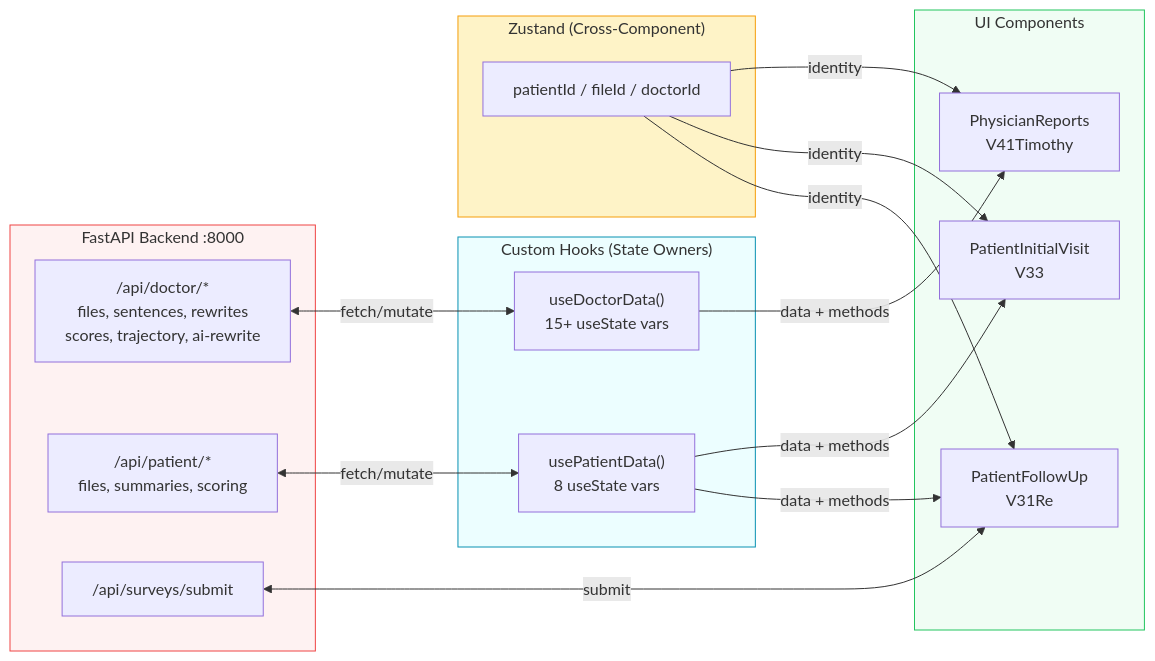
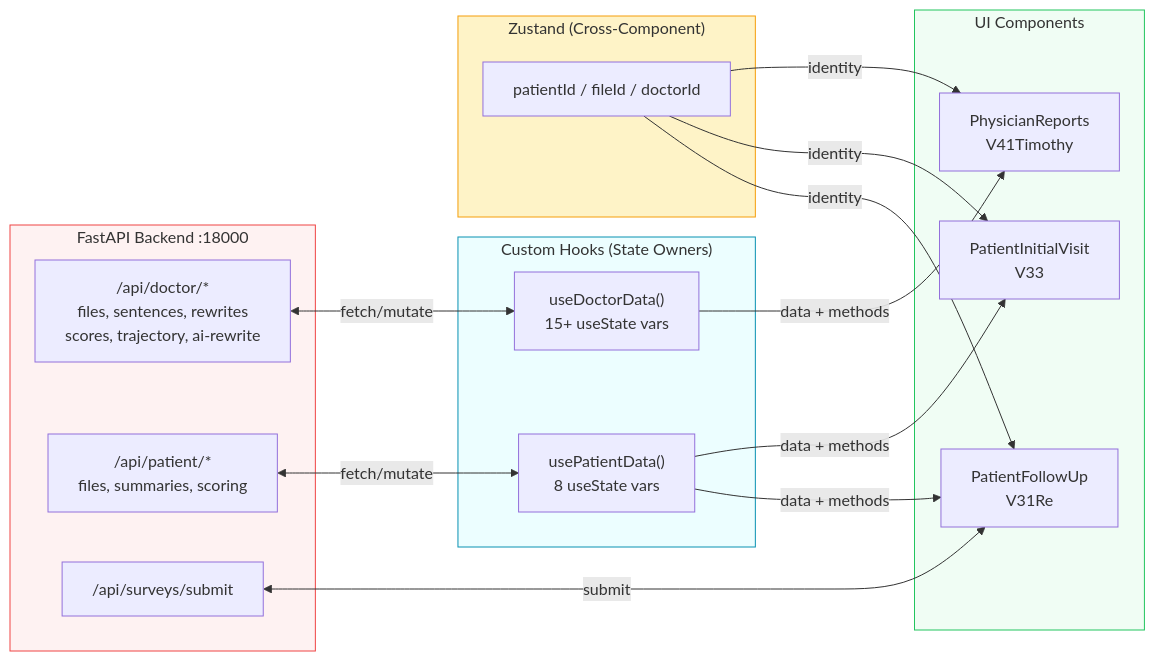
The sixth of 7 diagrams in app/Webapp/COMPONENT_STATE_MAP.md (HyunjunA/Prostate_cancer_consultation), drawn with Mermaid before and after one commit. The commit also changed 14 other files, not shown here.

````diff
--- a/app/Webapp/COMPONENT_STATE_MAP.md
+++ b/app/Webapp/COMPONENT_STATE_MAP.md
@@ -129,40 +129,40 @@
 ```mermaid
 graph LR
-    subgraph Backend["FastAPI Backend :8000"]
+    subgraph Backend["FastAPI Backend :18000"]
         DoctorAPI["/api/doctor/*<br/>files, sentences, rewrites<br/>scores, trajectory, ai-rewrite"]
         PatientAPI["/api/patient/*<br/>files, summaries, scoring"]
         SurveyAPI["/api/surveys/submit"]
     end
 
     subgraph Hooks["Custom Hooks (State Owners)"]
         UDD["useDoctorData()<br/>15+ useState vars"]
         UPD["usePatientData()<br/>8 useState vars"]
     end
 
     subgraph Components["UI Components"]
         PhysV41["PhysicianReports<br/>V41Timothy"]
         PatV33["PatientInitialVisit<br/>V33"]
         PatV31["PatientFollowUp<br/>V31Re"]
     end
 
     DoctorAPI <-->|fetch/mutate| UDD
     PatientAPI <-->|fetch/mutate| UPD
     SurveyAPI <-->|submit| PatV31
 
     UDD -->|data + methods| PhysV41
     UPD -->|data + methods| PatV33
     UPD -->|data + methods| PatV31
 
     subgraph Stores["Zustand (Cross-Component)"]
         IDs["patientId / fileId / doctorId"]
     end
 
     IDs -->|identity| PhysV41
     IDs -->|identity| PatV33
     IDs -->|identity| PatV31
 
     style Backend fill:#fef2f2,stroke:#ef4444
     style Hooks fill:#ecfeff,stroke:#0891b2
     style Components fill:#f0fdf4,stroke:#22c55e
     style Stores fill:#fef3c7,stroke:#f59e0b
 ```
````
